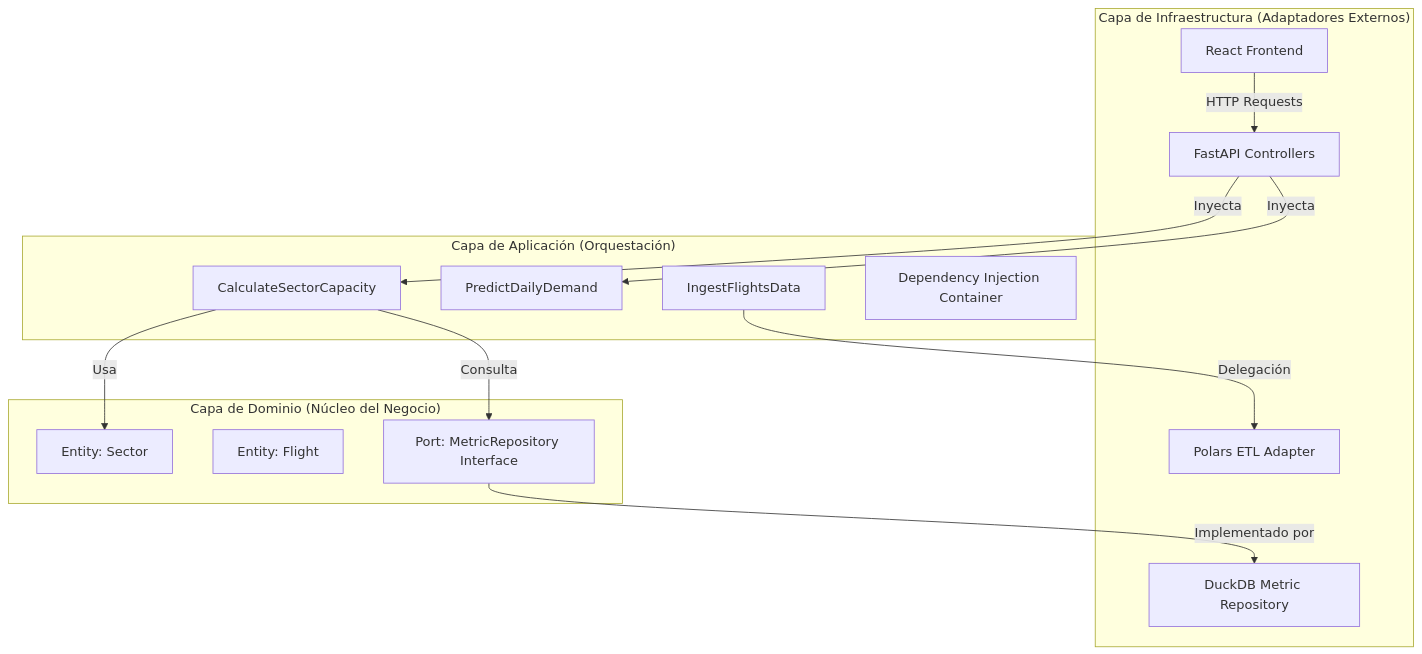
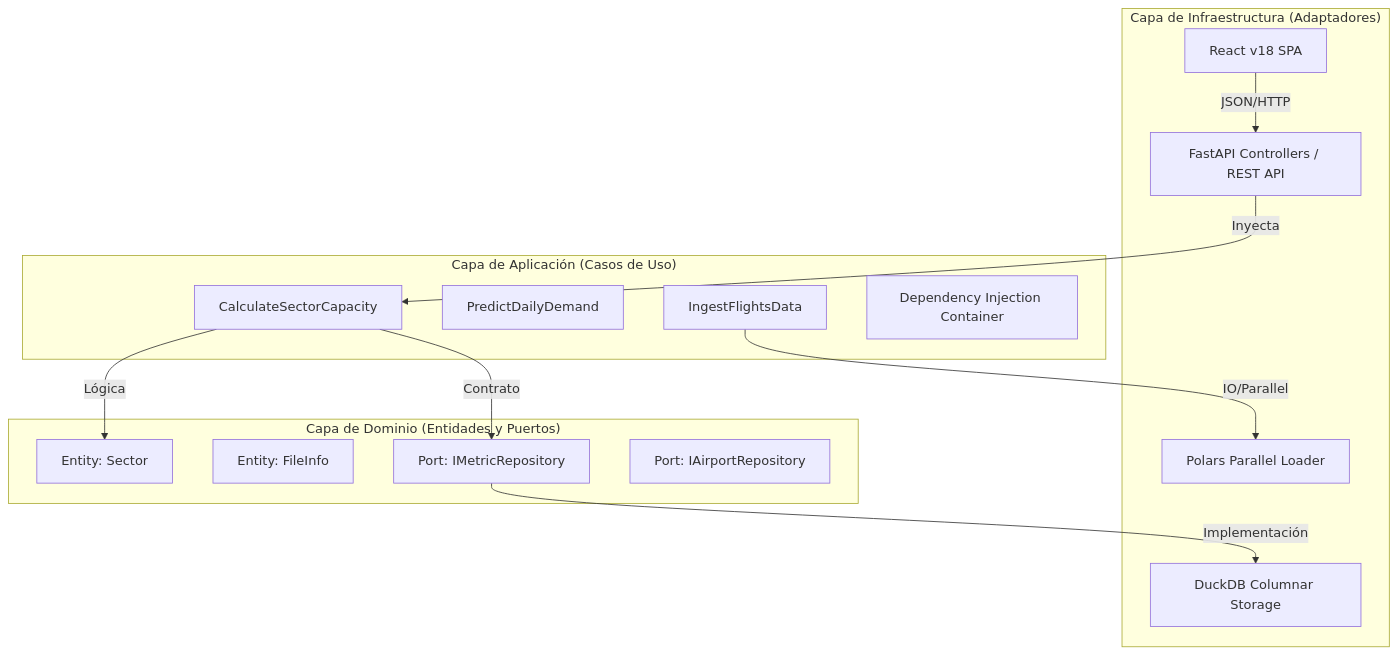
Before and after one commit to ivmafo/tsis_umb_data_science: the diagram in docs/tech_manual.md, drawn with Mermaid. The commit also changed other lines of this file, not shown here.

````diff
--- a/docs/tech_manual.md
+++ b/docs/tech_manual.md
@@ -13,30 +13,30 @@
 ```mermaid
 graph TD
-    subgraph "Capa de Infraestructura (Adaptadores Externos)"
-        API[FastAPI Controllers]
-        DB[DuckDB Metric Repository]
-        POLARS[Polars ETL Adapter]
-        UI[React Frontend]
+    subgraph "Capa de Infraestructura (Adaptadores)"
+        API[FastAPI Controllers / REST API]
+        DB[DuckDB Columnar Storage]
+        PLAD[Polars Parallel Loader]
+        UI[React v18 SPA]
     end
 
-    subgraph "Capa de Aplicación (Orquestación)"
+    subgraph "Capa de Aplicación (Casos de Uso)"
         UC_CAP[CalculateSectorCapacity]
         UC_PRED[PredictDailyDemand]
         UC_INGEST[IngestFlightsData]
-        DI[Dependency Injection Container]
+        DI_C[Dependency Injection Container]
     end
 
-    subgraph "Capa de Dominio (Núcleo del Negocio)"
+    subgraph "Capa de Dominio (Entidades y Puertos)"
         E_SECTOR[Entity: Sector]
-        E_FLIGHT[Entity: Flight]
-        P_REPO[Port: MetricRepository Interface]
+        E_FILE[Entity: FileInfo]
+        P_REPO[Port: IMetricRepository]
+        P_AIRPORT[Port: IAirportRepository]
     end
 
-    UI -- HTTP Requests --> API
-    API -- Inyecta --> UC_CAP
-    API -- Inyecta --> UC_PRED
-    UC_CAP -- Usa --> E_SECTOR
-    UC_CAP -- Consulta --> P_REPO
-    P_REPO -- Implementado por --> DB
-    UC_INGEST -- Delegación --> POLARS
+    UI -- "JSON/HTTP" --> API
+    API -- "Inyecta" --> UC_CAP
+    UC_CAP -- "Lógica" --> E_SECTOR
+    UC_CAP -- "Contrato" --> P_REPO
+    P_REPO -- "Implementación" --> DB
+    UC_INGEST -- "IO/Parallel" --> PLAD
 ```
````
